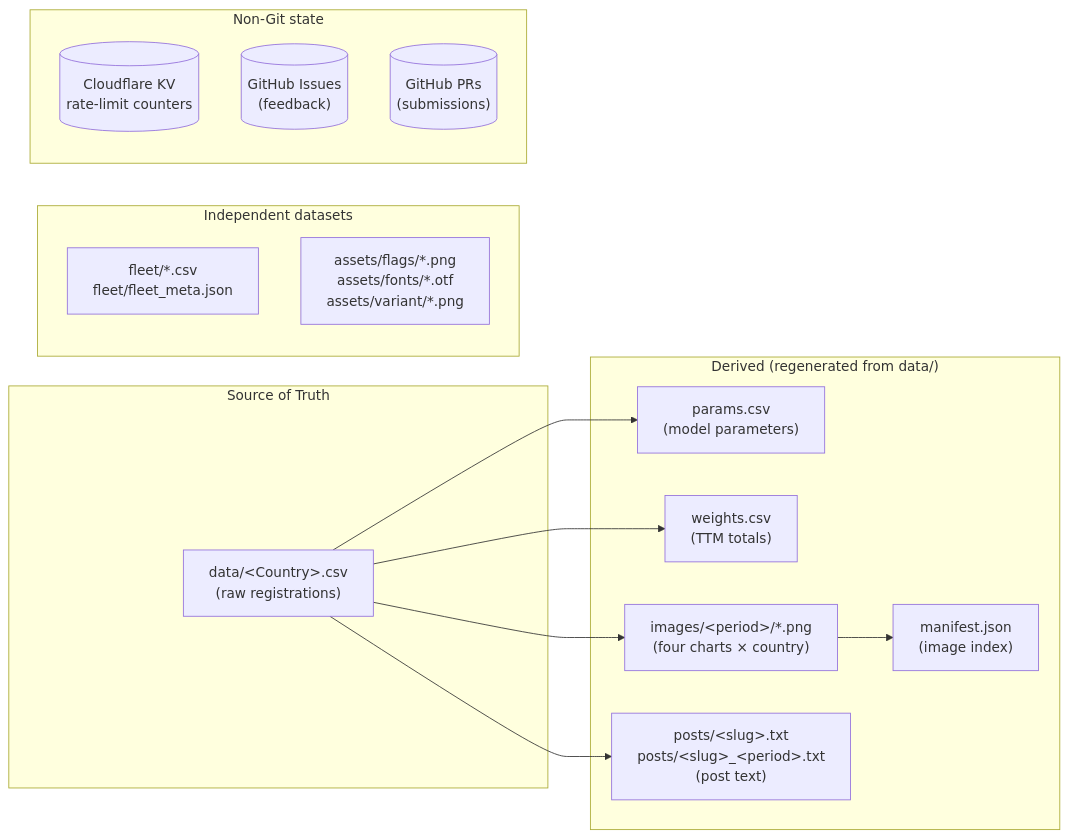
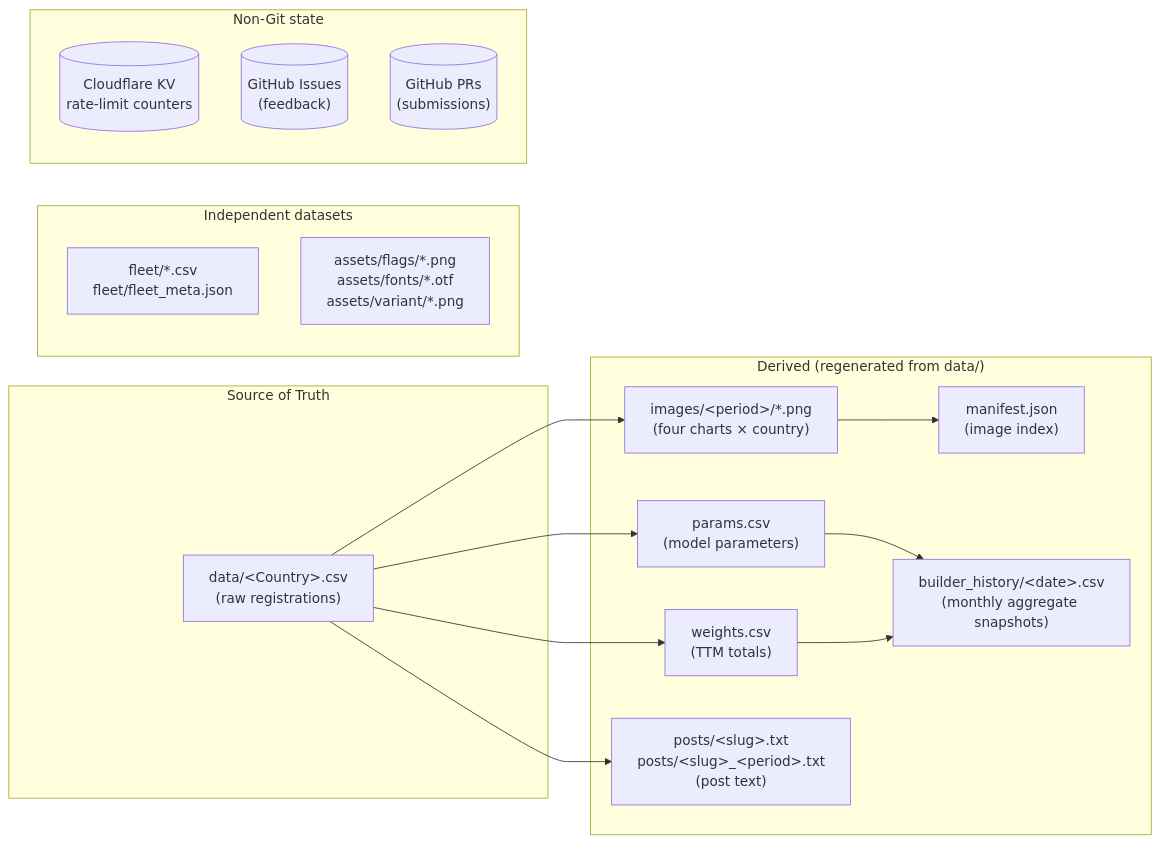
One commit to LeRaffl/LeRaffl-Gallery changed the diagram in docs/architecture/03-data-objects.md. Above: the diagram before and after it, drawn with Mermaid. The commit also changed other lines of this file and 8 other files, not shown here.

First line of the commit message:
feat(builder): snapshot aggregated curves monthly into builder_history/

````diff
--- a/docs/architecture/03-data-objects.md
+++ b/docs/architecture/03-data-objects.md
@@ -7,28 +7,30 @@
 ```mermaid
 flowchart LR
     subgraph SoT["Source of Truth"]
         D1["data/&lt;Country&gt;.csv<br/>(raw registrations)"]
     end
 
     subgraph Derived["Derived (regenerated from data/)"]
         D2["params.csv<br/>(model parameters)"]
         D3["weights.csv<br/>(TTM totals)"]
         D4["images/&lt;period&gt;/*.png<br/>(four charts × country)"]
         D5["posts/&lt;slug&gt;.txt<br/>posts/&lt;slug&gt;_&lt;period&gt;.txt<br/>(post text)"]
         D6["manifest.json<br/>(image index)"]
+        D12["builder_history/&lt;date&gt;.csv<br/>(monthly aggregate snapshots)"]
     end
 
     subgraph Independent["Independent datasets"]
         D7["fleet/*.csv<br/>fleet/fleet_meta.json"]
         D8["assets/flags/*.png<br/>assets/fonts/*.otf<br/>assets/variant/*.png"]
     end
 
     subgraph Ephemeral["Non-Git state"]
         D9[("Cloudflare KV<br/>rate-limit counters")]
         D10[("GitHub Issues<br/>(feedback)")]
         D11[("GitHub PRs<br/>(submissions)")]
     end
 
     D1 --> D2 & D3 & D4 & D5
     D4 --> D6
+    D2 & D3 --> D12
 ```
````
